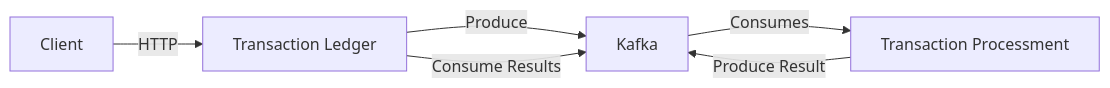
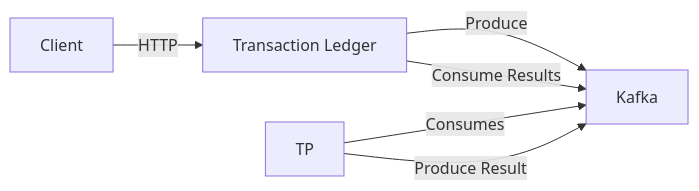
One commit to NathanGdS/transaction-hub changed the diagram in README.md. Above: the diagram before and after it, drawn with Mermaid.

````diff
--- a/README.md
+++ b/README.md
@@ -18,8 +18,8 @@
 ```mermaid
 graph LR
     Client --> |HTTP| TL[Transaction Ledger]
     TL --> |Produce| Kafka
-    Kafka --> |Consumes| TP[Transaction Processment]
+    TP --> |Consumes| Kafka
     TP --> |Produce Result| Kafka
     TL --> |Consume Results| Kafka
 ```
````
